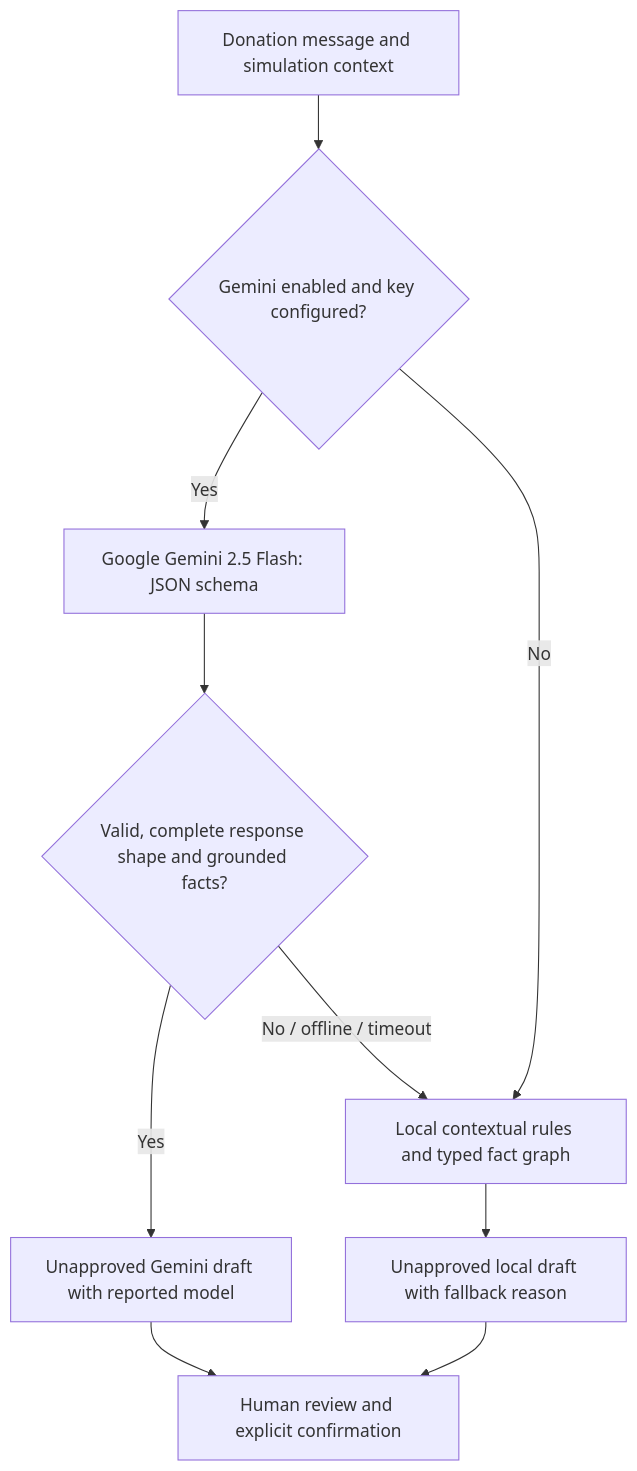
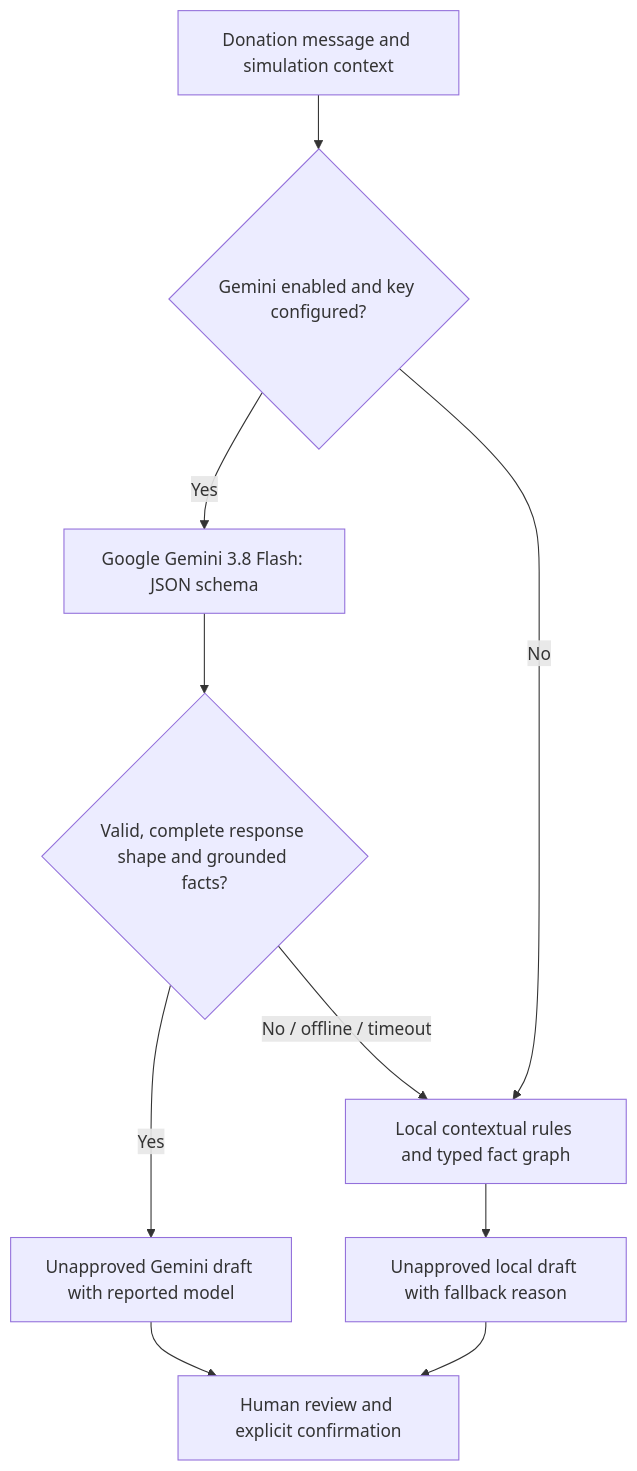
One commit to Dayaleeswaran/rescueroute changed the diagram in README.md. Above: the diagram before and after it, drawn with Mermaid. The commit also changed other lines of this file and 28 other files, not shown here.

````diff
--- a/README.md
+++ b/README.md
@@ -206,12 +214,12 @@
 ```mermaid
 flowchart TD
   A[Donation message and simulation context] --> B{Gemini enabled and key configured?}
-  B -->|Yes| C[Google Gemini 2.5 Flash: JSON schema]
+  B -->|Yes| C[Google Gemini 3.8 Flash: JSON schema]
   C --> D{Valid, complete response shape and grounded facts?}
   D -->|Yes| E[Unapproved Gemini draft with reported model]
   B -->|No| F[Local contextual rules and typed fact graph]
   D -->|No / offline / timeout| F
   F --> G[Unapproved local draft with fallback reason]
   E --> H[Human review and explicit confirmation]
   G --> H
 ```
````
